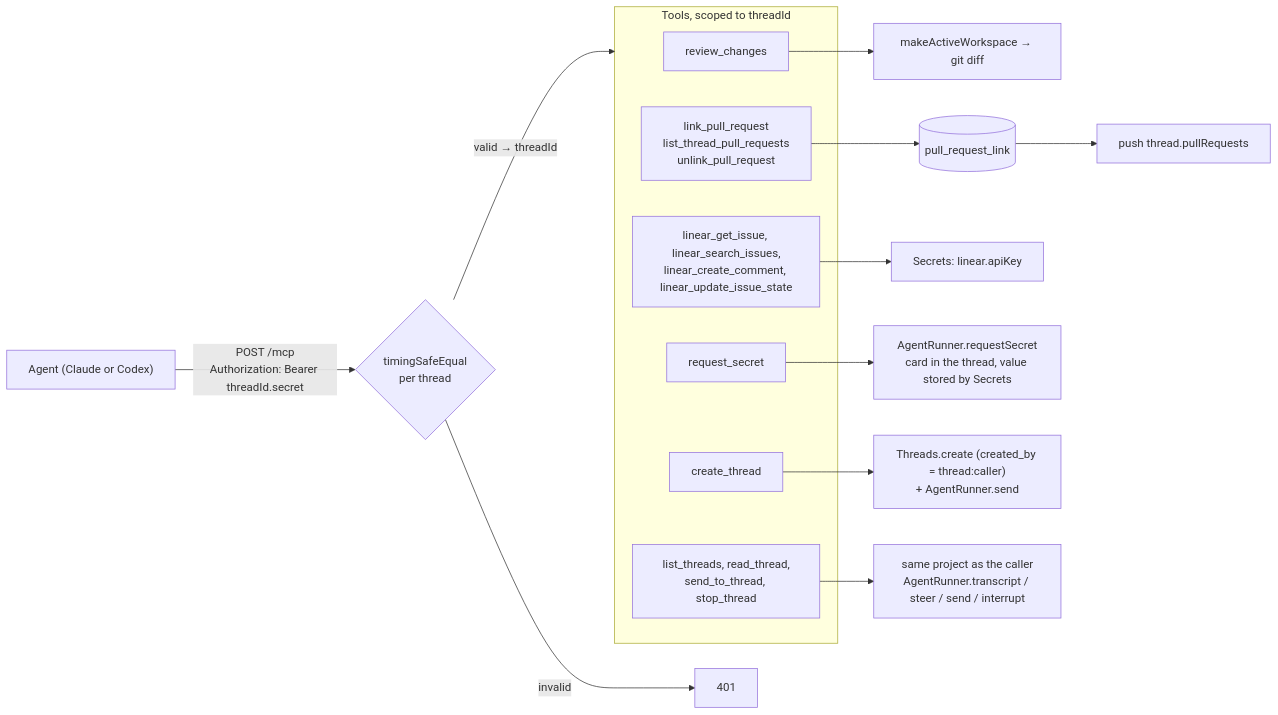
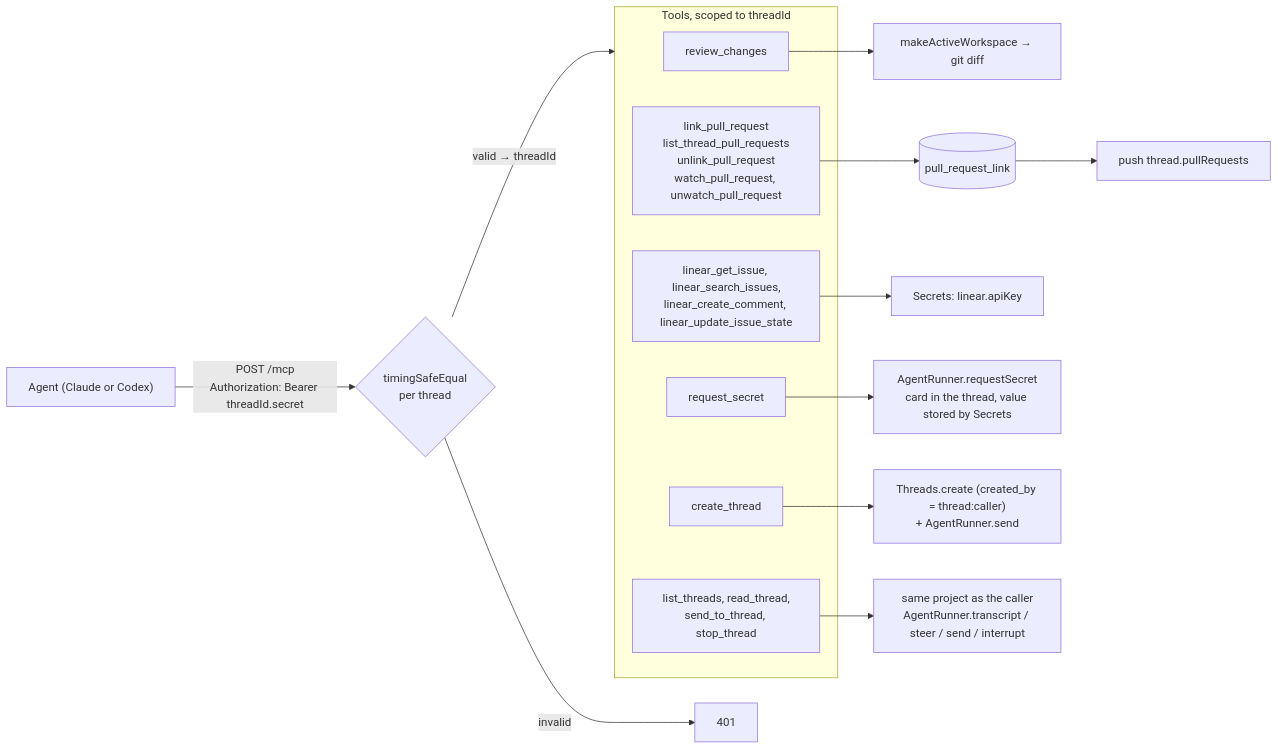
Before and after one commit to hinadev-ai/hinacode: diagram 14 of 16 in docs/arch.md, drawn with Mermaid. The commit also changed other lines of this file and 22 other files, not shown here.

First line of the commit message:
feat(pull-requests): wake threads on PR changes

````diff
--- a/docs/arch.md
+++ b/docs/arch.md
@@ -408,20 +414,20 @@
 ```mermaid
 flowchart LR
   agent["Agent (Claude or Codex)"] -- "POST /mcp<br/>Authorization: Bearer threadId.secret" --> auth{"timingSafeEqual<br/>per thread"}
   auth -- "valid → threadId" --> tools
   auth -- invalid --> deny["401"]
   subgraph tools["Tools, scoped to threadId"]
     review["review_changes"]
-    prs["link_pull_request<br/>list_thread_pull_requests<br/>unlink_pull_request"]
+    prs["link_pull_request<br/>list_thread_pull_requests<br/>unlink_pull_request<br/>watch_pull_request, unwatch_pull_request"]
     linear["linear_get_issue, linear_search_issues,<br/>linear_create_comment, linear_update_issue_state"]
     secret["request_secret"]
     create["create_thread"]
     control["list_threads, read_thread,<br/>send_to_thread, stop_thread"]
   end
   review --> ws["makeActiveWorkspace → git diff"]
   prs --> db[("pull_request_link")] --> push["push thread.pullRequests"]
   linear --> apikey["Secrets: linear.apiKey"]
   secret --> runner["AgentRunner.requestSecret<br/>card in the thread, value stored by Secrets"]
   create --> threads["Threads.create (created_by = thread:caller)<br/>+ AgentRunner.send"]
   control --> scope["same project as the caller<br/>AgentRunner.transcript / steer / send / interrupt"]
 ```
````
